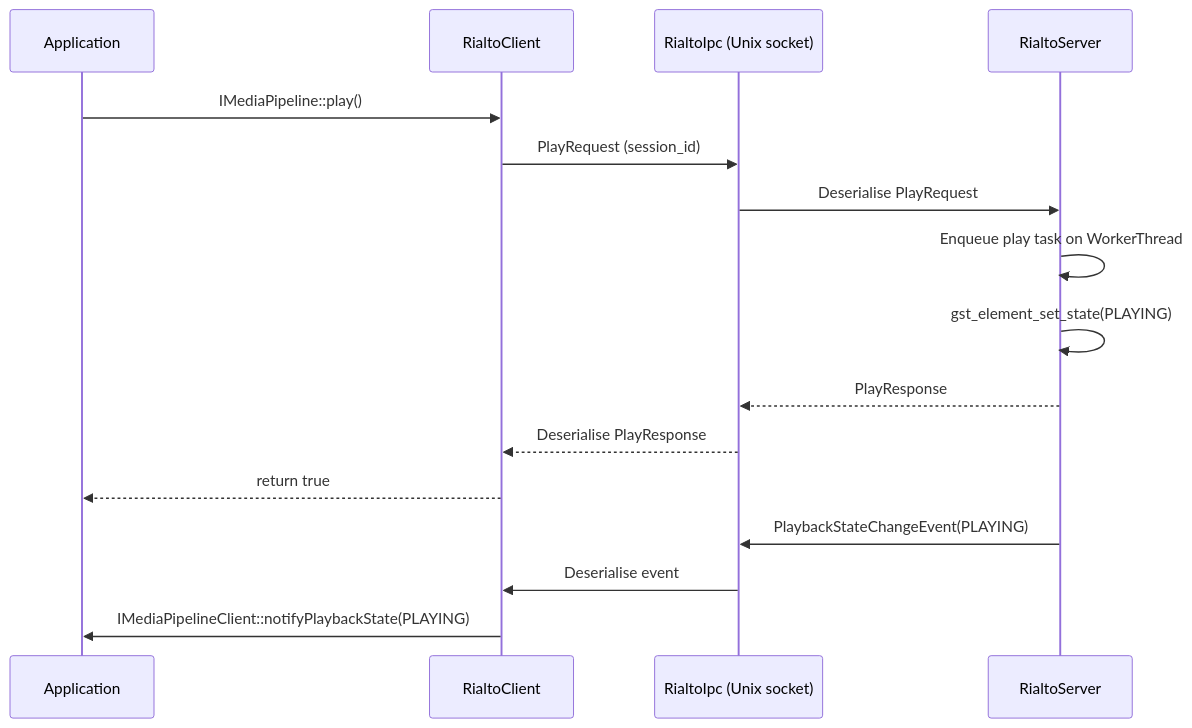
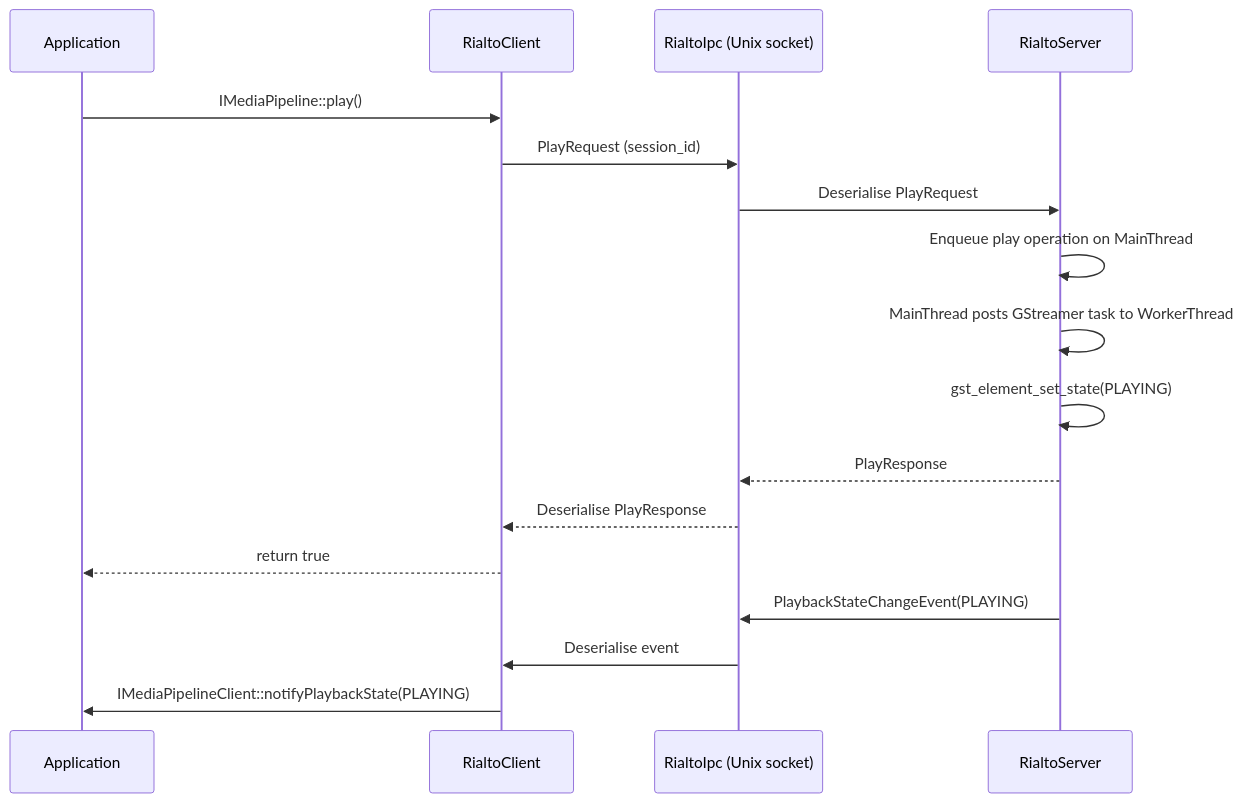
The sixth of 7 diagrams in docs/README.md (rdkcentral/rialto), drawn with Mermaid before and after one commit. The commit also changed other lines of this file, not shown here.

````diff
--- a/docs/README.md
+++ b/docs/README.md
@@ -326,19 +326,20 @@
 ```mermaid
 sequenceDiagram
     participant App as Application
     participant RC as RialtoClient
     participant IPC as RialtoIpc (Unix socket)
     participant RS as RialtoServer
 
     App->>RC: IMediaPipeline::play()
     RC->>IPC: PlayRequest (session_id)
     IPC->>RS: Deserialise PlayRequest
-    RS->>RS: Enqueue play task on WorkerThread
+    RS->>RS: Enqueue play operation on MainThread
+    RS->>RS: MainThread posts GStreamer task to WorkerThread
     RS->>RS: gst_element_set_state(PLAYING)
     RS-->>IPC: PlayResponse
     IPC-->>RC: Deserialise PlayResponse
     RC-->>App: return true
     RS->>IPC: PlaybackStateChangeEvent(PLAYING)
     IPC->>RC: Deserialise event
     RC->>App: IMediaPipelineClient::notifyPlaybackState(PLAYING)
 ```
````
